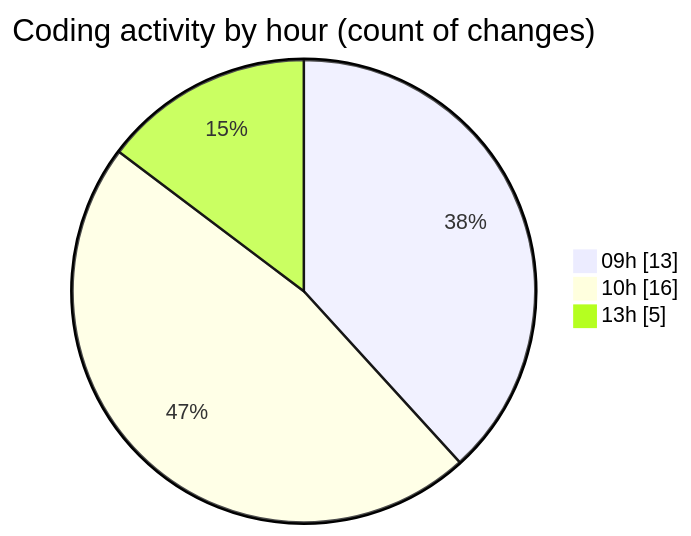
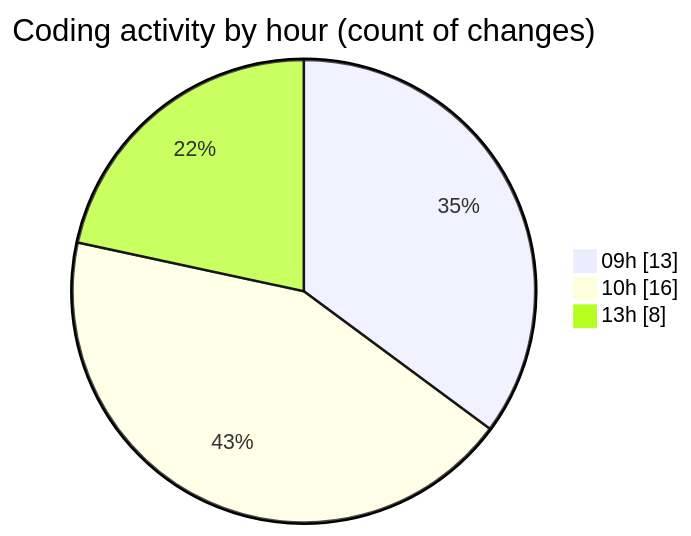
Before and after one commit to momahboobian/code-tracking: the second of 2 diagrams in 2025-03-31/cda/README.md, drawn with Mermaid. The commit also changed other lines of this file and 1 other file, not shown here.

````diff
--- a/2025-03-31/cda/README.md
+++ b/2025-03-31/cda/README.md
@@ -35,7 +36,7 @@
 ```mermaid
 pie showData
 title Coding activity by hour (count of changes)
 "09h" : 13
 "10h" : 16
-"13h" : 5
+"13h" : 8
 ```
````
